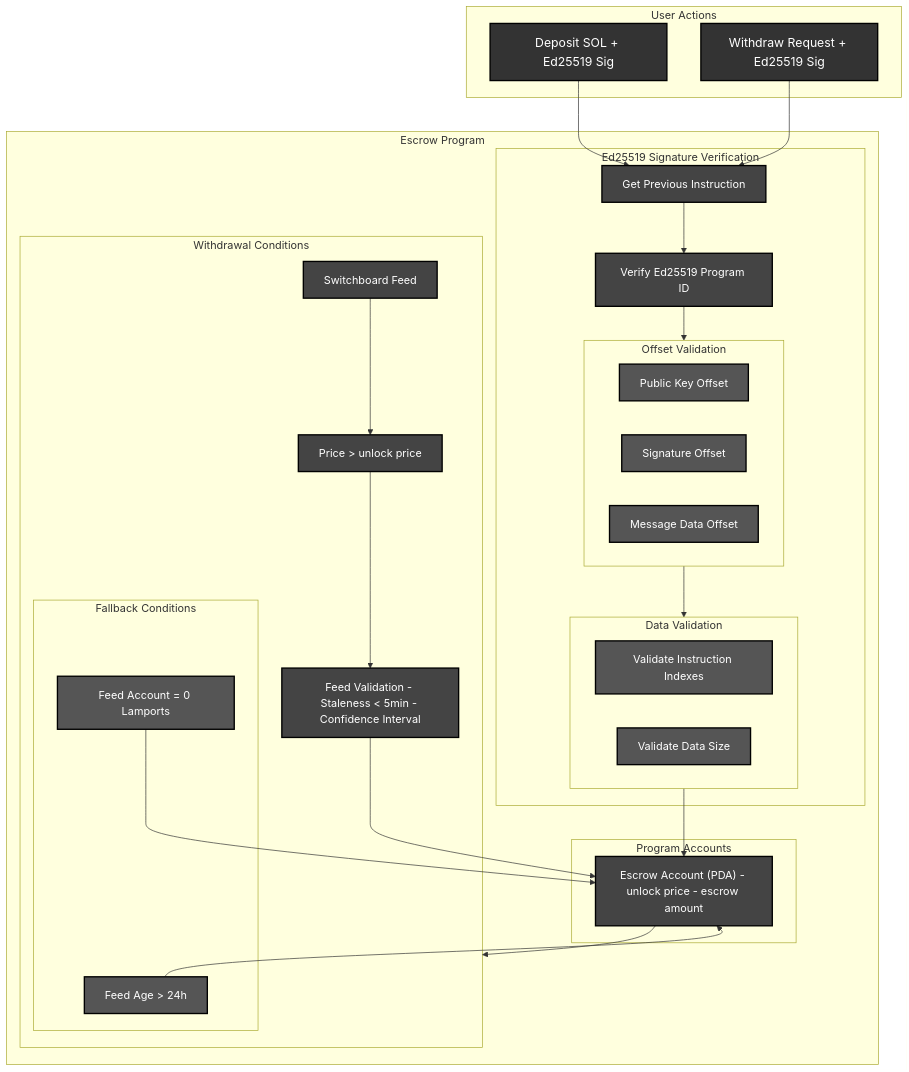
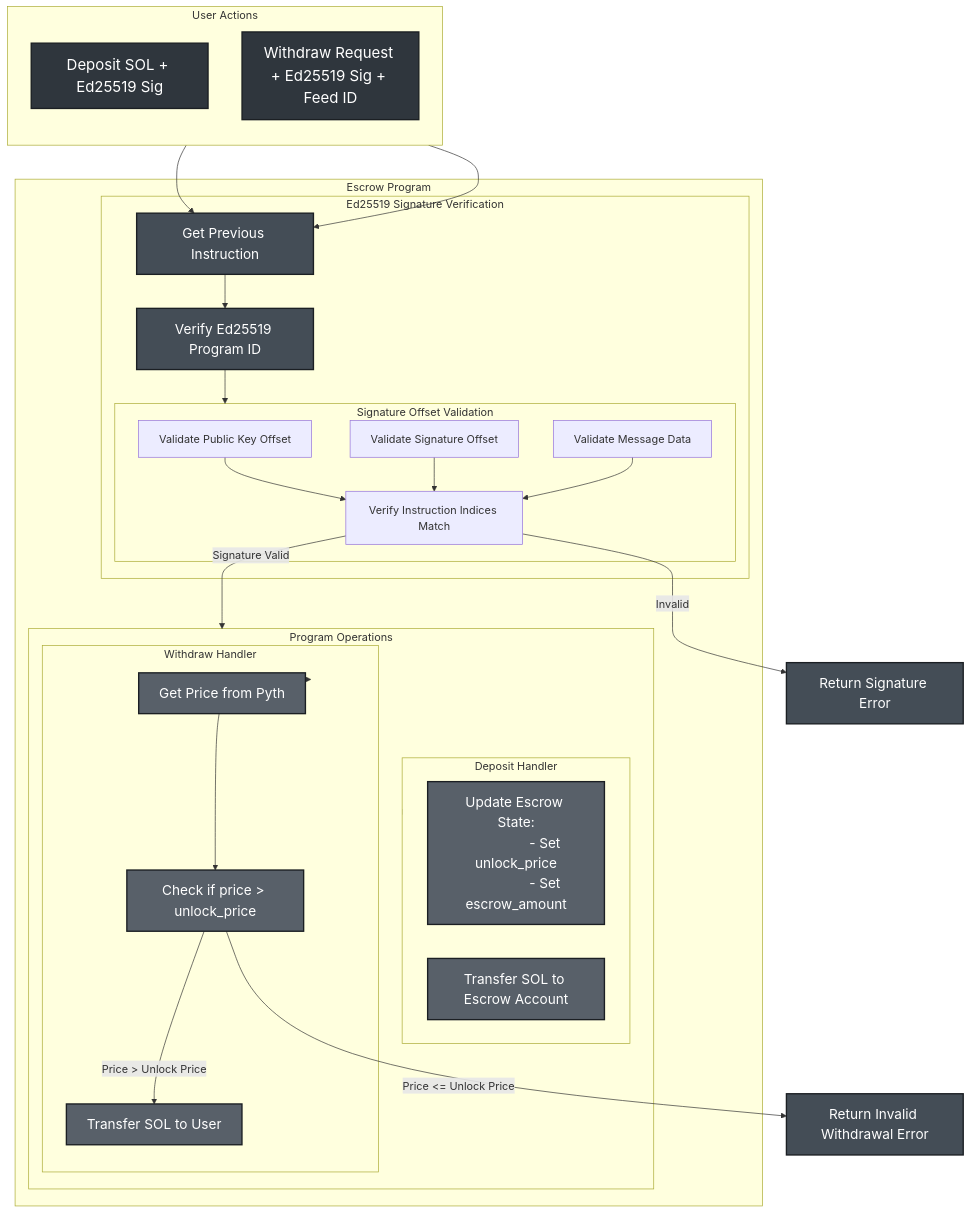
One commit to mubarizkyc/solana-signature-verification changed the diagram in README.md. Above: the diagram before and after it, drawn with Mermaid.

````diff
--- a/README.md
+++ b/README.md
@@ -12,87 +12,78 @@
 ```mermaid
 flowchart TD
-    %% Set Global Styles
-    classDef darkBackground fill:#222222,stroke:#000000,stroke-width:2,color:#ffffff,font-size:16px;
-    classDef boxStyle fill:#333333,stroke:#000000,stroke-width:2,color:#ffffff,font-size:18px;
-    classDef subBoxStyle fill:#444444,stroke:#000000,stroke-width:2,color:#ffffff,font-size:16px;
-    classDef lighterBoxStyle fill:#555555,stroke:#000000,stroke-width:2,color:#ffffff,font-size:16px;
+    %% Style Definitions - GitHub Monochrome Colors
+    classDef darkBackground fill:#24292e,stroke:#1b1f23,stroke-width:2,color:#ffffff,font-size:24px
+    classDef boxStyle fill:#2f363d,stroke:#1b1f23,stroke-width:2,color:#ffffff,font-size:22px
+    classDef subBoxStyle fill:#444d56,stroke:#1b1f23,stroke-width:2,color:#ffffff,font-size:20px
+    classDef lighterBoxStyle fill:#586069,stroke:#1b1f23,stroke-width:2,color:#ffffff,font-size:20px
 
-    %% User Actions
-    subgraph User["User Actions"]
-        class User darkBackground
+    %% User Entry Points
+    subgraph UserActions["User Actions"]
+        direction TB
+        class UserActions darkBackground
         Deposit["Deposit SOL + Ed25519 Sig"]
-        Withdraw["Withdraw Request + Ed25519 Sig"]
+        Withdraw["Withdraw Request + Ed25519 Sig + Feed ID"]
     end
 
-    %% Escrow Program
-    subgraph Program["Escrow Program"]
-        class Program boxStyle
-
+    %% Program Logic
+    subgraph ProgramFlow["Escrow Program"]
+        class ProgramFlow boxStyle
+        
         %% Signature Verification
         subgraph SigVerification["Ed25519 Signature Verification"]
             class SigVerification subBoxStyle
-            GetIx["Get Previous Instruction"]
-            CheckProgram["Verify Ed25519 Program ID"]
-
-            %% Offset Validation
-            subgraph ValidateOffsets["Offset Validation"]
-                class ValidateOffsets lighterBoxStyle
-                PK["Public Key Offset"]
-                Sig["Signature Offset"]
-                Msg["Message Data Offset"]
-            end
-
-            %% Data Validation
-            subgraph DataValidation["Data Validation"]
-                class DataValidation lighterBoxStyle
-                Indexes["Validate Instruction Indexes"]
-                Size["Validate Data Size"]
+            GetPrevIx["Get Previous Instruction"]
+            VerifyProgram["Verify Ed25519 Program ID"]
+            
+            subgraph OffsetValidation["Signature Offset Validation"]
+                class OffsetValidation lighterBoxStyle
+                ValidatePK["Validate Public Key Offset"]
+                ValidateSig["Validate Signature Offset"]
+                ValidateMsg["Validate Message Data"]
+                VerifyIndices["Verify Instruction Indices Match"]
             end
         end
 
-        %% Program Accounts
-        subgraph Accounts["Program Accounts"]
-            class Accounts subBoxStyle
-            EA["Escrow Account (PDA) - unlock price - escrow amount"]
-        end
+        %% Main Operations
+        subgraph Operations["Program Operations"]
+            class Operations subBoxStyle
+            
+            subgraph DepositFlow["Deposit Handler"]
+                class DepositFlow lighterBoxStyle
+                UpdateState["Update Escrow State:
+                - Set unlock_price
+                - Set escrow_amount"]
+                TransferToEscrow["Transfer SOL to Escrow Account"]
+            end
 
-        %% Withdrawal Conditions
-        subgraph WithdrawConditions["Withdrawal Conditions"]
-            class WithdrawConditions subBoxStyle
-            Price["Price > unlock price"]
-            Feed["Switchboard Feed"]
-            Checks["Feed Validation - Staleness < 5min - Confidence Interval"]
-
-            %% Fallback Conditions
-            subgraph FallbackConditions["Fallback Conditions"]
-                class FallbackConditions lighterBoxStyle
-                Stale["Feed Age > 24h"]
-                Zero["Feed Account = 0 Lamports"]
+            subgraph WithdrawFlow["Withdraw Handler"]
+                class WithdrawFlow lighterBoxStyle
+                GetPrice["Get Price from Pyth"]
+                PriceCheck["Check if price > unlock_price"]
+                TransferToUser["Transfer SOL to User"]
             end
         end
     end
 
     %% Flow Connections
-    Deposit --> GetIx
-    Withdraw --> GetIx
-    GetIx --> CheckProgram
-    CheckProgram --> ValidateOffsets
-    ValidateOffsets --> DataValidation
-    DataValidation --> EA
-
-    EA --> WithdrawConditions
-    Feed --> Price
-    Price --> Checks
-    Stale --> EA
-    Zero --> EA
-    Checks --> EA
+    Deposit --> GetPrevIx
+    Withdraw --> GetPrevIx
+    GetPrevIx --> VerifyProgram
+    VerifyProgram --> OffsetValidation
+    ValidatePK & ValidateSig & ValidateMsg --> VerifyIndices
+    
+    VerifyIndices -->|"Signature Valid"| Operations
+    VerifyIndices -->|"Invalid"| Error["Return Signature Error"]
+    
+    Operations --> DepositFlow
+    Operations --> WithdrawFlow
+    
+    GetPrice --> PriceCheck
+    PriceCheck -->|"Price > Unlock Price"| TransferToUser
+    PriceCheck -->|"Price <= Unlock Price"| WithdrawError["Return Invalid Withdrawal Error"]
 
     %% Apply Styles
-    class Deposit,Withdraw boxStyle;
-    class GetIx,CheckProgram subBoxStyle;
-    class PK,Sig,Msg,Indexes,Size lighterBoxStyle;
-    class EA subBoxStyle;
-    class Price,Feed,Checks subBoxStyle;
-    class Stale,Zero lighterBoxStyle;
-
+    class Deposit,Withdraw boxStyle
+    class GetPrevIx,VerifyProgram,Error,WithdrawError subBoxStyle
+    class UpdateState,TransferToEscrow,GetPrice,CheckAge,PriceCheck,TransferToUser lighterBoxStyle
 ```
````
